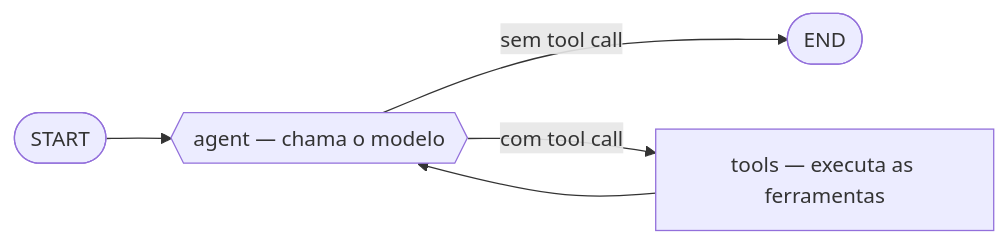
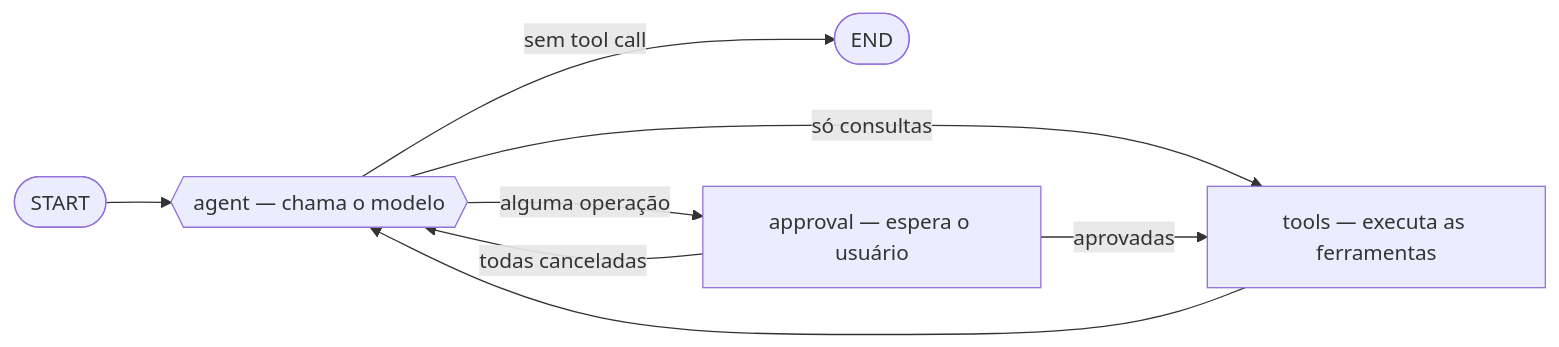
Before and after one commit to MattMota/graham-agent: the first of 2 diagrams in README.md, drawn with Mermaid. The commit also changed other lines of this file and 16 other files, not shown here.

Commit message:
feat(portfolio): :sparkles: adds portfolio and watchlist tools with human-in-the-loop approval

````diff
--- a/README.md
+++ b/README.md
@@ -172,7 +185,10 @@
 ```mermaid
 graph LR
     START([START]) --> agent
     agent{{agent — chama o modelo}} -->|sem tool call| END([END])
-    agent -->|com tool call| tools[tools — executa as ferramentas]
+    agent -->|só consultas| tools[tools — executa as ferramentas]
+    agent -->|alguma operação| approval[approval — espera o usuário]
+    approval -->|aprovadas| tools
+    approval -->|todas canceladas| agent
     tools --> agent
 ```
````
